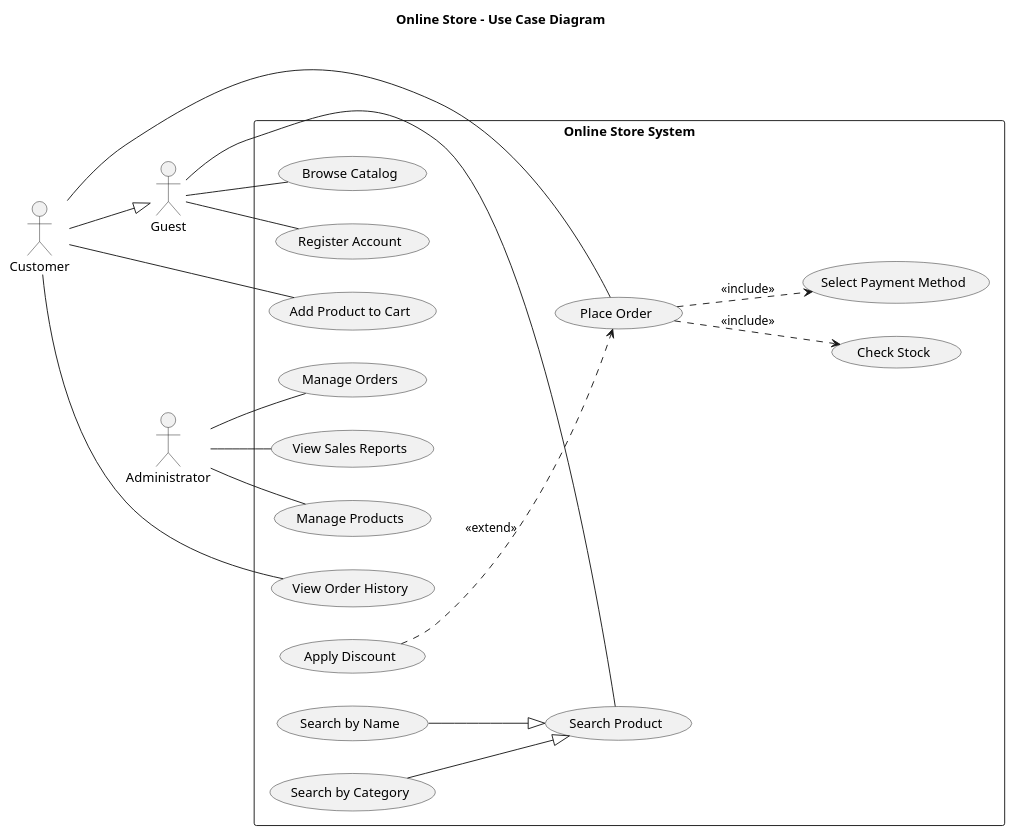
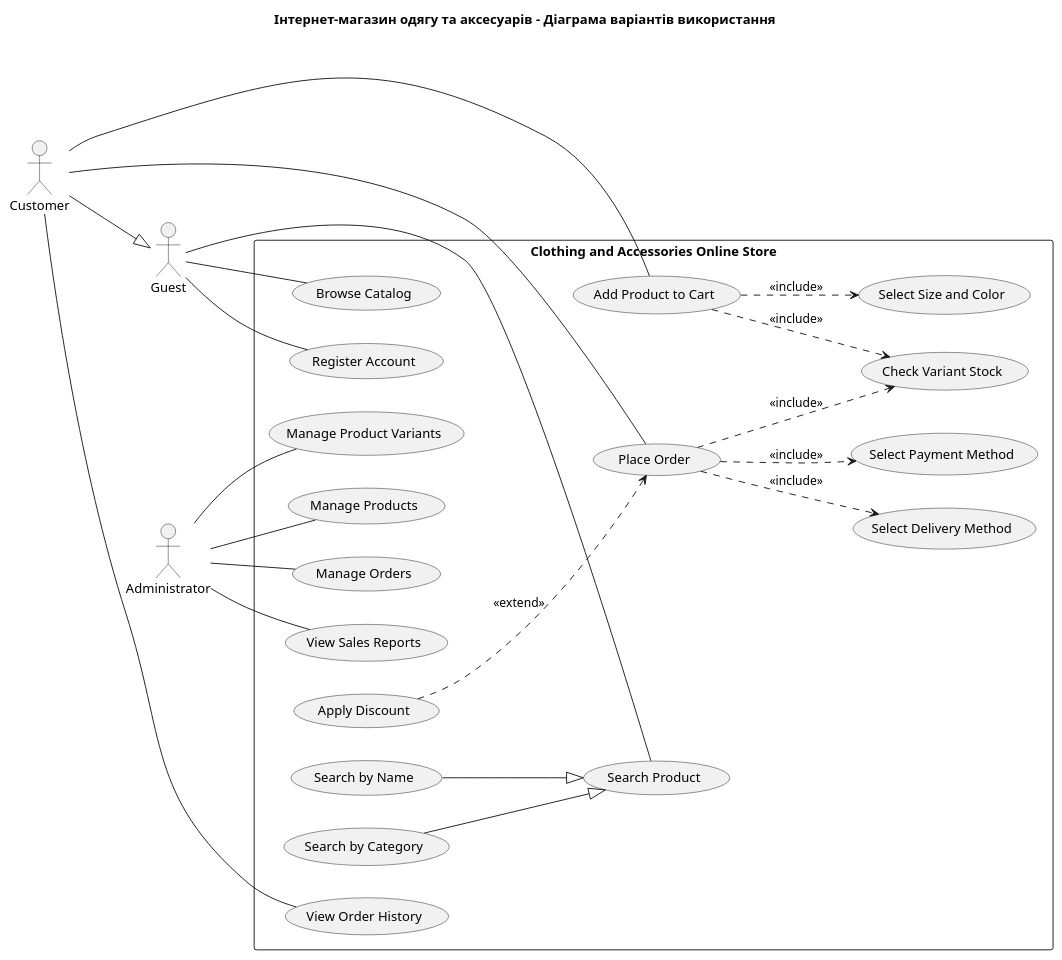
One commit to ulianadubrovska/PHP-CICD-Lab1 changed the diagram in docs/use-case.puml. Above: the diagram before and after it, drawn with PlantUML. The commit also changed other lines of this file and 4 other files, not shown here.

Commit message:
Update clothing store architecture and UML diagrams

```diff
--- a/docs/use-case.puml
+++ b/docs/use-case.puml
@@ -1,54 +2,70 @@
 @startuml
 left to right direction
+
 skinparam packageStyle rectangle
 skinparam shadowing false
 
-title Online Store - Use Case Diagram
+title Інтернет-магазин одягу та аксесуарів - Діаграма варіантів використання
 
 actor Guest
 actor Customer
 actor Administrator
 
 Customer --|> Guest
 
-rectangle "Online Store System" {
+rectangle "Clothing and Accessories Online Store" {
+
     usecase "Browse Catalog" as UC1
     usecase "Search Product" as UC2
     usecase "Register Account" as UC3
 
     usecase "Add Product to Cart" as UC4
     usecase "Place Order" as UC5
     usecase "View Order History" as UC6
 
     usecase "Manage Products" as UC7
     usecase "Manage Orders" as UC8
     usecase "View Sales Reports" as UC9
 
-    usecase "Check Stock" as UC10
+    usecase "Check Variant Stock" as UC10
     usecase "Select Payment Method" as UC11
     usecase "Apply Discount" as UC12
 
     usecase "Search by Name" as UC13
     usecase "Search by Category" as UC14
+
+    usecase "Select Size and Color" as UC15
+    usecase "Manage Product Variants" as UC16
+    usecase "Select Delivery Method" as UC17
 }
 
 Guest -- UC1
 Guest -- UC2
 Guest -- UC3
 
 Customer -- UC4
 Customer -- UC5
 Customer -- UC6
 
 Administrator -- UC7
 Administrator -- UC8
 Administrator -- UC9
+Administrator -- UC16
 
-UC5 ..> UC10 : <<include>>
-UC5 ..> UC11 : <<include>>
-UC12 ..> UC5 : <<extend>>
-
+' Пошук за назвою і категорією
 UC13 --|> UC2
 UC14 --|> UC2
 
+' Додавання до кошика
+UC4 ..> UC15 : <<include>>
+UC4 ..> UC10 : <<include>>
+
+' Оформлення замовлення
+UC5 ..> UC10 : <<include>>
+UC5 ..> UC11 : <<include>>
+UC5 ..> UC17 : <<include>>
+
+' Знижка як необов'язкове розширення
+UC12 ..> UC5 : <<extend>>
+
 @enduml
```
